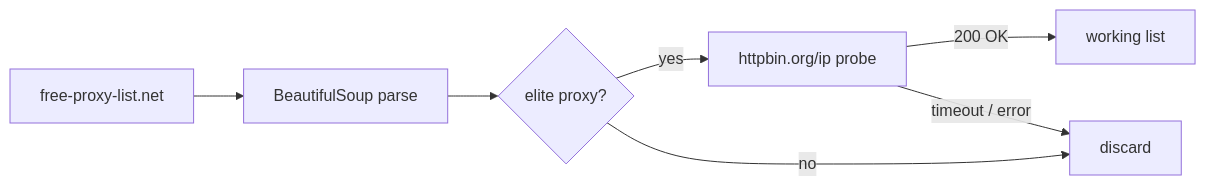
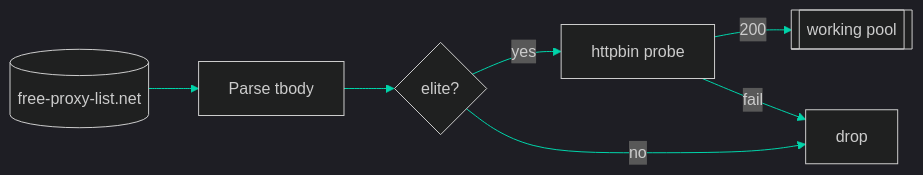
The diagram in README.md (AbdulWajid768/free_proxies), drawn with Mermaid before and after one commit. The commit also changed other lines of this file, not shown here.

````diff
--- a/README.md
+++ b/README.md
@@ -84,9 +92,10 @@
 ```mermaid
+%%{init: {'theme':'dark', 'themeVariables': { 'primaryColor':'#FF6B6B','lineColor':'#00d4aa'}}}%%
 flowchart LR
-    A[free-proxy-list.net] --> B[BeautifulSoup parse]
-    B --> C{elite proxy?}
-    C -->|yes| D[httpbin.org/ip probe]
-    C -->|no| E[discard]
-    D -->|200 OK| F[working list]
-    D -->|timeout / error| E
+    A[(free-proxy-list.net)] --> B[Parse tbody]
+    B --> C{elite?}
+    C -->|yes| D[httpbin probe]
+    C -->|no| X[drop]
+    D -->|200| E[[working pool]]
+    D -->|fail| X
 ```
````
